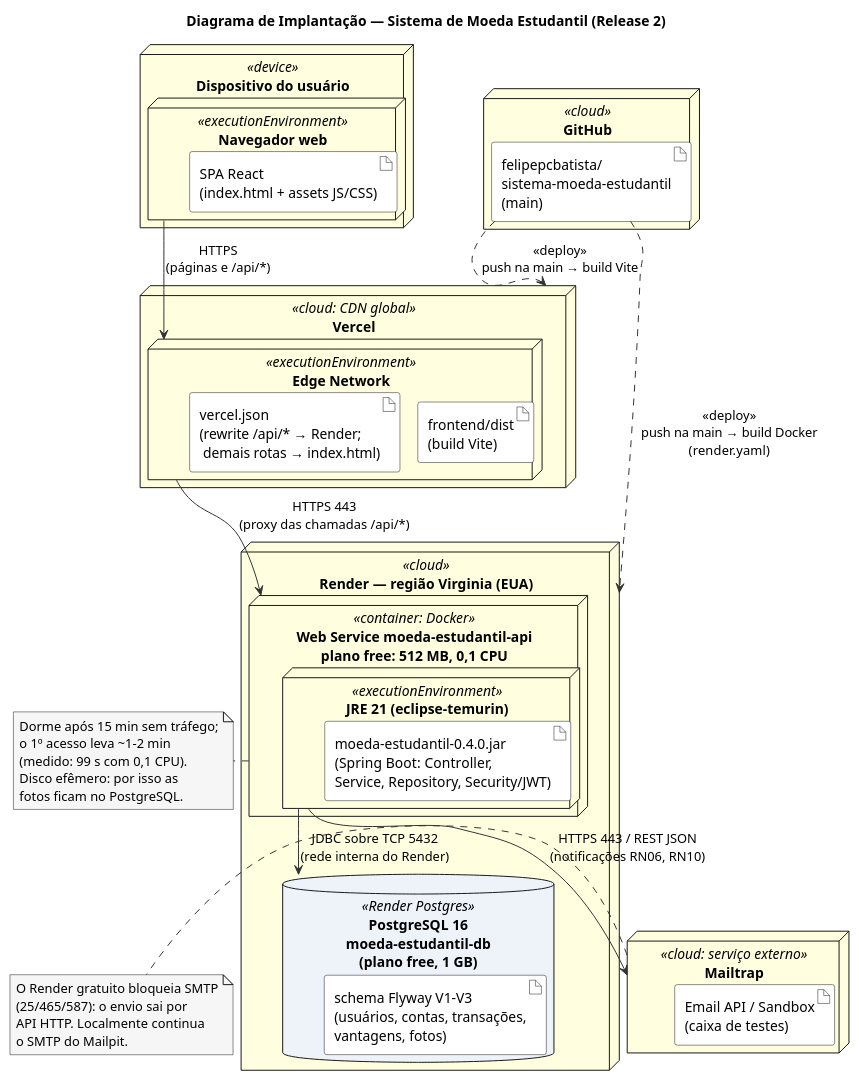
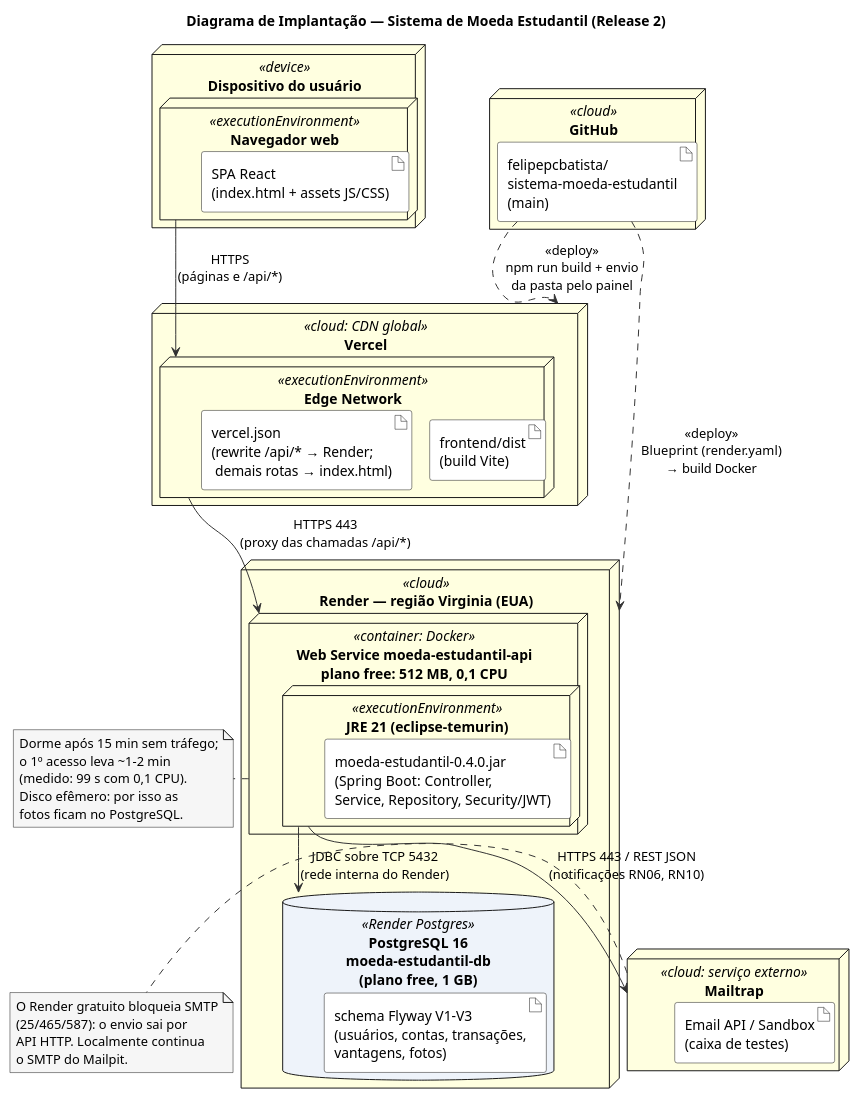
One commit to felipepcbatista/sistema-moeda-estudantil changed the diagram in docs/diagramas/diagrama-implantacao.puml. Above: the diagram before and after it, drawn with PlantUML. The commit also changed 3 other files, not shown here.

Commit message:
S02 | README e PDF da entrega com os links da aplicacao no ar; diagrama de implantacao reflete o deploy real

```diff
--- a/docs/diagramas/diagrama-implantacao.puml
+++ b/docs/diagramas/diagrama-implantacao.puml
@@ -1,68 +1,68 @@
 @startuml diagrama-implantacao
 ' Diagrama de Implantacao (Lab04S02): onde cada artefato roda e como os nos se comunicam.
 !pragma layout smetana
 skinparam shadowing false
 skinparam defaultFontName Arial
 skinparam nodeBackgroundColor #FFFFE0
 skinparam artifactBackgroundColor #FFFFFF
 skinparam databaseBackgroundColor #EEF3FA
 skinparam ArrowColor #333333
 skinparam noteBackgroundColor #F6F6F6
 top to bottom direction
 
 title Diagrama de Implantação — Sistema de Moeda Estudantil (Release 2)
 
 node "Dispositivo do usuário" as Dispositivo <<device>> {
   node "Navegador web" as Navegador <<executionEnvironment>> {
     artifact "SPA React\n(index.html + assets JS/CSS)" as SPA
   }
 }
 
 node "Vercel" as Vercel <<cloud: CDN global>> {
   node "Edge Network" as Edge <<executionEnvironment>> {
     artifact "frontend/dist\n(build Vite)" as Dist
     artifact "vercel.json\n(rewrite /api/* → Render;\n demais rotas → index.html)" as Rewrite
   }
 }
 
 node "Render — região Virginia (EUA)" as Render <<cloud>> {
   node "Web Service moeda-estudantil-api\nplano free: 512 MB, 0,1 CPU" as WebService <<container: Docker>> {
     node "JRE 21 (eclipse-temurin)" as JRE <<executionEnvironment>> {
       artifact "moeda-estudantil-0.4.0.jar\n(Spring Boot: Controller,\nService, Repository, Security/JWT)" as Jar
     }
   }
   database "PostgreSQL 16\nmoeda-estudantil-db\n(plano free, 1 GB)" as Postgres <<Render Postgres>> {
     artifact "schema Flyway V1–V3\n(usuários, contas, transações,\nvantagens, fotos)" as Schema
   }
 }
 
 node "Mailtrap" as Mailtrap <<cloud: serviço externo>> {
   artifact "Email API / Sandbox\n(caixa de testes)" as MailApi
 }
 
 node "GitHub" as GitHub <<cloud>> {
   artifact "felipepcbatista/\nsistema-moeda-estudantil\n(main)" as Repo
 }
 
 Navegador --> Edge : HTTPS\n(páginas e /api/*)
 Edge --> WebService : HTTPS 443\n(proxy das chamadas /api/*)
 JRE --> Postgres : JDBC sobre TCP 5432\n(rede interna do Render)
 JRE --> Mailtrap : HTTPS 443 / REST JSON\n(notificações RN06, RN10)
-Repo ..> Vercel : <<deploy>>\npush na main → build Vite
-Repo ..> Render : <<deploy>>\npush na main → build Docker\n(render.yaml)
+Repo ..> Vercel : <<deploy>>\nnpm run build + envio\nda pasta pelo painel
+Repo ..> Render : <<deploy>>\nBlueprint (render.yaml)\n→ build Docker
 
 note right of WebService
   Dorme após 15 min sem tráfego;
   o 1º acesso leva ~1–2 min
   (medido: 99 s com 0,1 CPU).
   Disco efêmero: por isso as
   fotos ficam no PostgreSQL.
 end note
 
 note right of Mailtrap
   O Render gratuito bloqueia SMTP
   (25/465/587): o envio sai por
   API HTTP. Localmente continua
   o SMTP do Mailpit.
 end note
 @enduml
```
